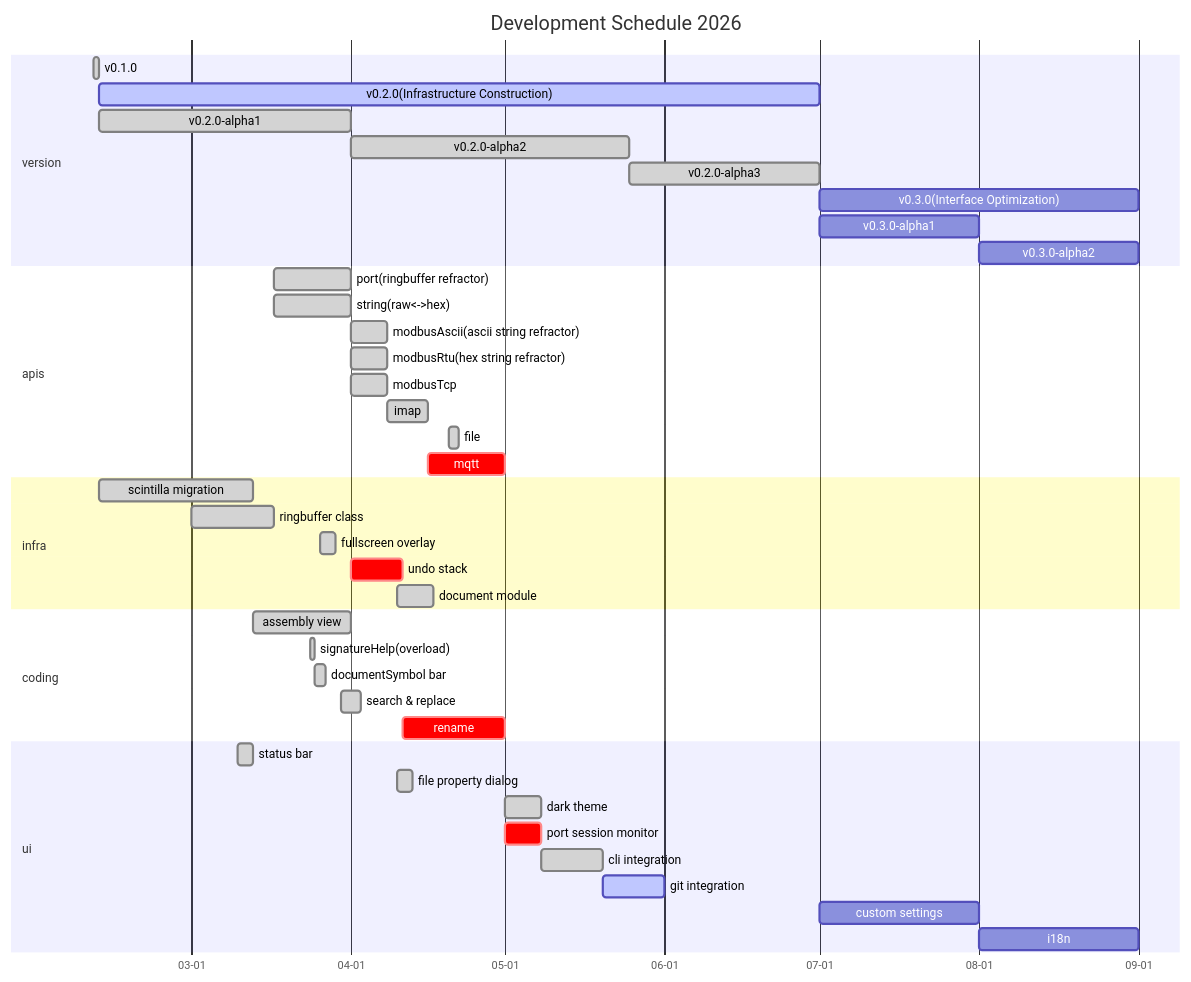
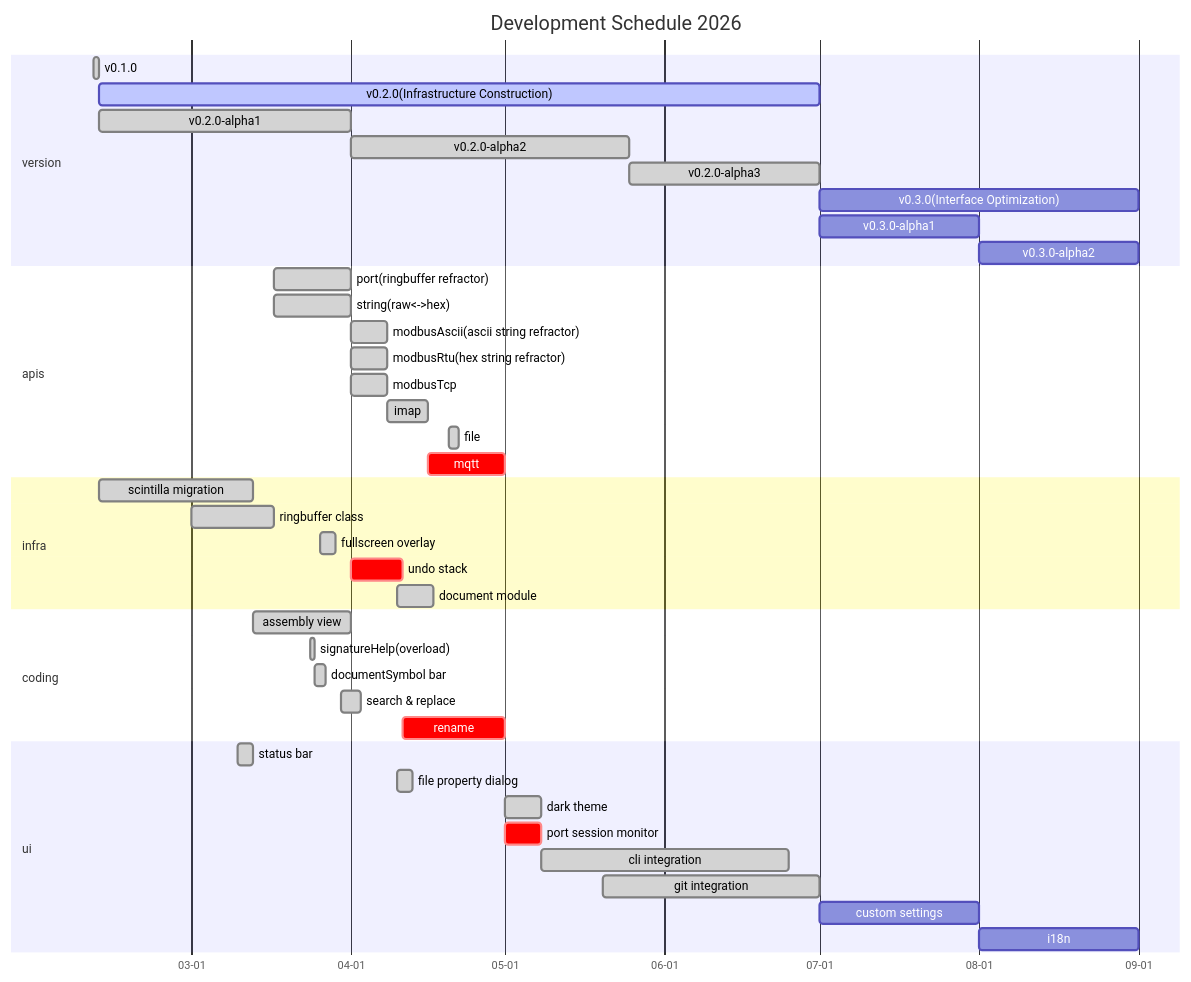
The first of 2 diagrams in README.md (zyt20001205/UniComm2), drawn with Mermaid before and after one commit. The commit also changed 9 other files, not shown here.

````diff
--- a/README.md
+++ b/README.md
@@ -36,51 +36,51 @@
 ```mermaid
 gantt
     title Development Schedule 2026
     dateFormat MM-DD
     axisFormat %m-%d
     tickInterval 1month
 
     section version
         v0.1.0: done, 02-10, 1d
         v0.2.0(Infrastructure Construction): active, 02-11, 140d
         v0.2.0-alpha1: done, 02-11, 49d
         v0.2.0-alpha2: done, 04-01, 54d
         v0.2.0-alpha3: done, 05-25, 37d
         v0.3.0(Interface Optimization): 07-01, 62d
         v0.3.0-alpha1: 07-01, 31d
         v0.3.0-alpha2: 08-01, 31d
 
     section apis
         port(ringbuffer refractor): done, 03-17, 15d
         string(raw<->hex): done, 03-17, 15d
         modbusAscii(ascii string refractor): done, 04-01, 7d
         modbusRtu(hex string refractor): done, 04-01, 7d
         modbusTcp: done, 04-01, 7d
         imap: done, 04-08, 8d
         file: done, 04-20, 2d
         mqtt: crit, 04-16, 15d
 
     section infra
         scintilla migration: done, 02-11, 30d
         ringbuffer class: done, 03-01, 16d
         fullscreen overlay: done, 03-26, 3d
         undo stack: crit, 04-01, 10d
         document module: done, 04-10, 7d
 
     section coding
         assembly view: done, 03-13, 19d
         signatureHelp(overload): done, 03-24, 1d
         documentSymbol bar: done, 03-25, 2d
         search & replace: done, 03-30, 4d
         rename: crit, 04-11, 20d
 
     section ui
         status bar: done, 03-10, 3d
         file property dialog: done, 04-10, 3d
         dark theme: done, 05-01, 7d
         port session monitor: crit, 05-01, 7d
-        cli integration: done, 05-08, 12d
-        git integration: active, 05-20, 12d
+        cli integration: done, 05-08, 48d
+        git integration: done, 05-20, 42d
         custom settings: 07-01, 31d
         i18n: 08-01, 31d
 ```
````
